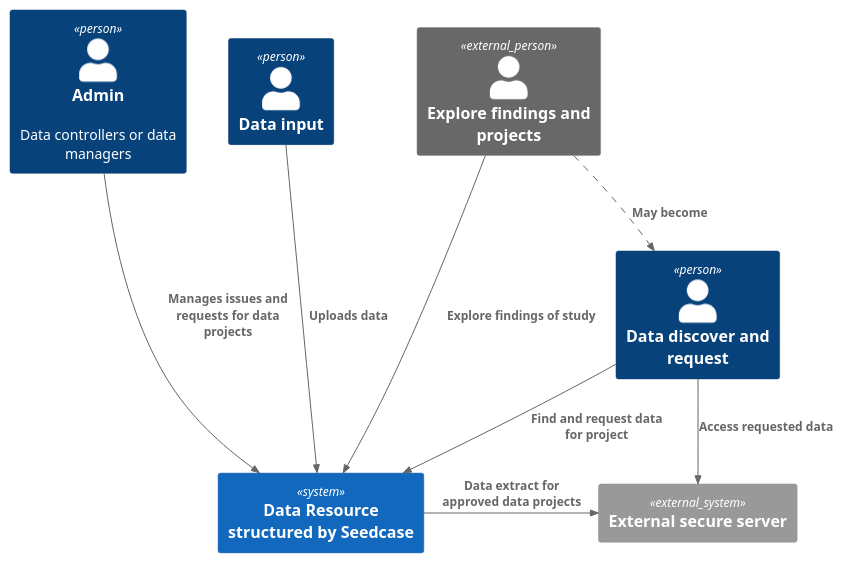
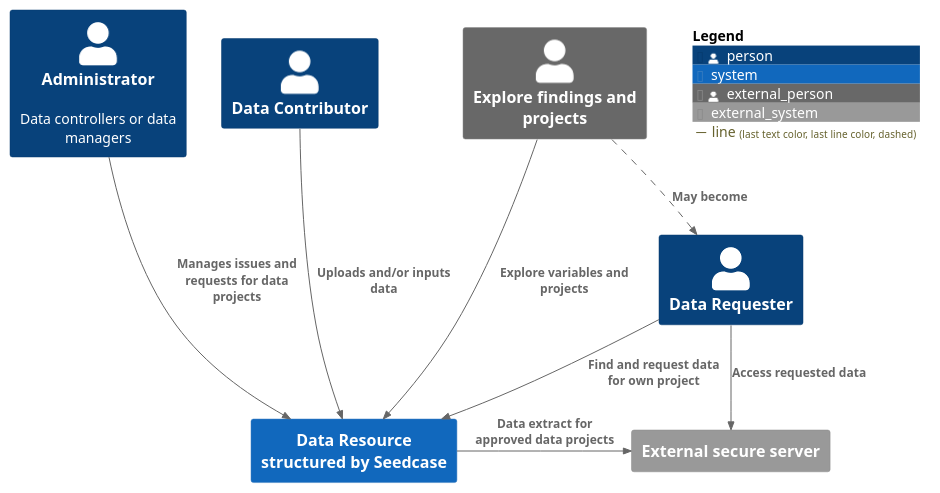
One commit to seedcase-project/design changed the diagram in images/context.puml. Above: the diagram before and after it, drawn with PlantUML. The commit also changed 1 other file, not shown here.

```diff
--- a/images/context.puml
+++ b/images/context.puml
@@ -1,28 +1,30 @@
-@startuml High_level
+@startuml c4-context
 !include https://raw.githubusercontent.com/plantuml-stdlib/C4-PlantUML/master/C4_Context.puml
 
-Person(user_input, "Data input")
-Person(user_request, "Data discover and request")
-Person(user_admin, "Admin", "Data controllers or data managers")
+Person(user_input, "Data Contributor")
+Person(user_request, "Data Requester")
+Person(user_admin, "Administrator", "Data controllers or data managers")
 
 Person_Ext(user_results, "Explore findings and projects")
 
 Lay_R(user_admin, user_input)
 Lay_R(user_input, user_results)
 Lay_R(user_results, user_request)
 
 
 AddRelTag("line", $lineStyle = DashedLine())
 
 System(ui, "Data Resource structured by Seedcase")
 System_Ext(external_server, "External secure server")
 
-Rel(user_input, ui, "Uploads data")
-Rel(user_request, ui, "Find and request data for project")
+Rel(user_input, ui, "Uploads and/or inputs data")
+Rel(user_request, ui, "Find and request data for own project")
 Rel(user_admin, ui, "Manages issues and requests for data projects")
-Rel(user_results, ui, "Explore findings of study")
+Rel(user_results, ui, "Explore variables and projects")
 Rel(user_results, user_request, "May become", $tags="line")
 
 Rel_Right(ui, external_server, "Data extract for approved data projects")
 Rel(user_request, external_server, "Access requested data")
+
+SHOW_FLOATING_LEGEND()
 @enduml
```
